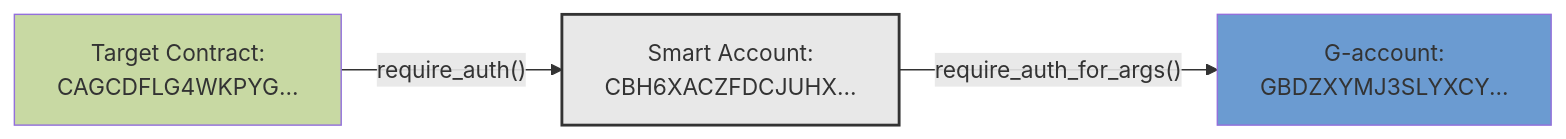
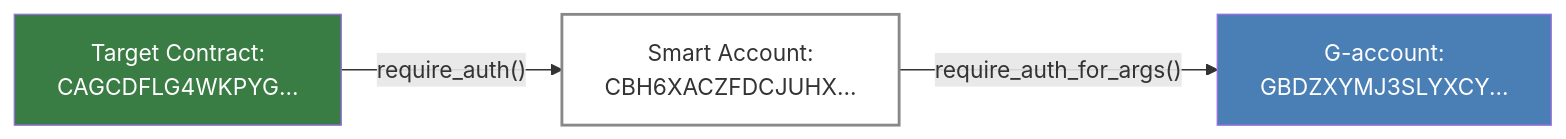
The second of 3 diagrams in content/stellar-contracts/accounts/signers-and-verifiers.mdx (OpenZeppelin/docs), drawn with Mermaid before and after one commit. The commit also changed other lines of this file and 2 other files, not shown here.

Commit message:
mermaid colors and content

````diff
--- a/content/stellar-contracts/accounts/signers-and-verifiers.mdx
+++ b/content/stellar-contracts/accounts/signers-and-verifiers.mdx
@@ -97,13 +97,13 @@
 ```mermaid
 graph LR
     G1[G-account:</br>GBDZXYMJ3SLYXCY...]
     SA1[Smart Account:</br>CBH6XACZFDCJUHX...]
     TC[Target Contract:</br>CAGCDFLG4WKPYG...]
     
     TC --> |"require_auth()"| SA1
     SA1 --> |"require_auth_for_args()"| G1
     
-    style G1 fill:#6B9BD1
-    style SA1 fill:#E8E8E8,stroke:#333,stroke-width:2px
-    style TC fill:#C8D9A3
+    style G1 fill:#4A7FB5,color:#fff
+    style SA1 fill:transparent,stroke:#888,stroke-width:2px
+    style TC fill:#3A7D44,color:#fff
 ```
````
